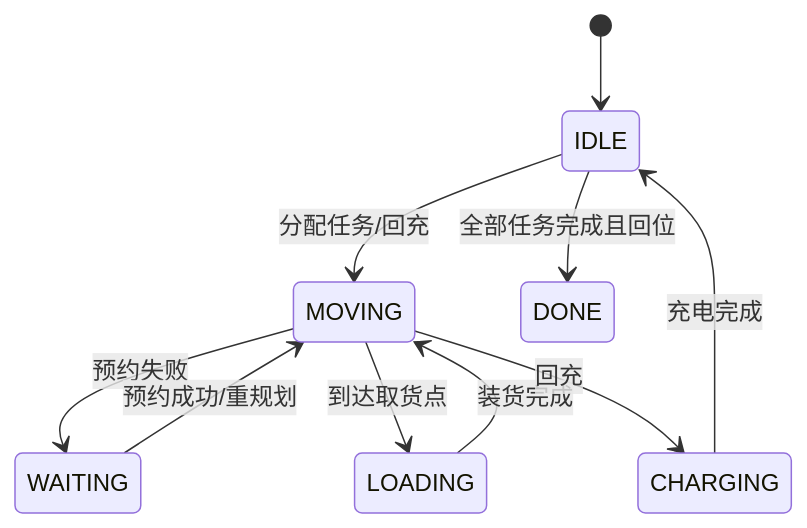
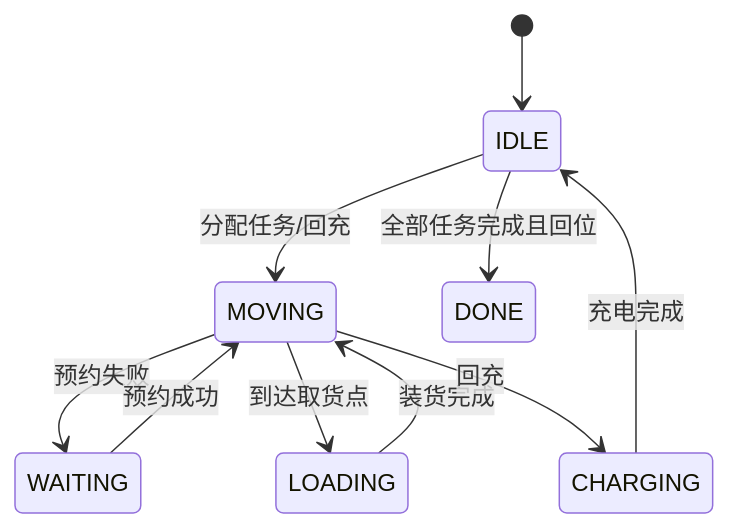
Before and after one commit to yearzen1/AGV: the fourth of 4 diagrams in docs/reference/领域模型与术语.md, drawn with Mermaid. The commit also changed other lines of this file and 10 other files, not shown here.

````diff
--- a/docs/reference/领域模型与术语.md
+++ b/docs/reference/领域模型与术语.md
@@ -295,12 +292,12 @@
 ```mermaid
 stateDiagram-v2
   [*] --> IDLE
   IDLE --> MOVING: 分配任务/回充
   MOVING --> WAITING: 预约失败
-  WAITING --> MOVING: 预约成功/重规划
+  WAITING --> MOVING: 预约成功
   MOVING --> LOADING: 到达取货点
   LOADING --> MOVING: 装货完成
   MOVING --> CHARGING: 回充
   CHARGING --> IDLE: 充电完成
   IDLE --> DONE: 全部任务完成且回位
 ```
````
